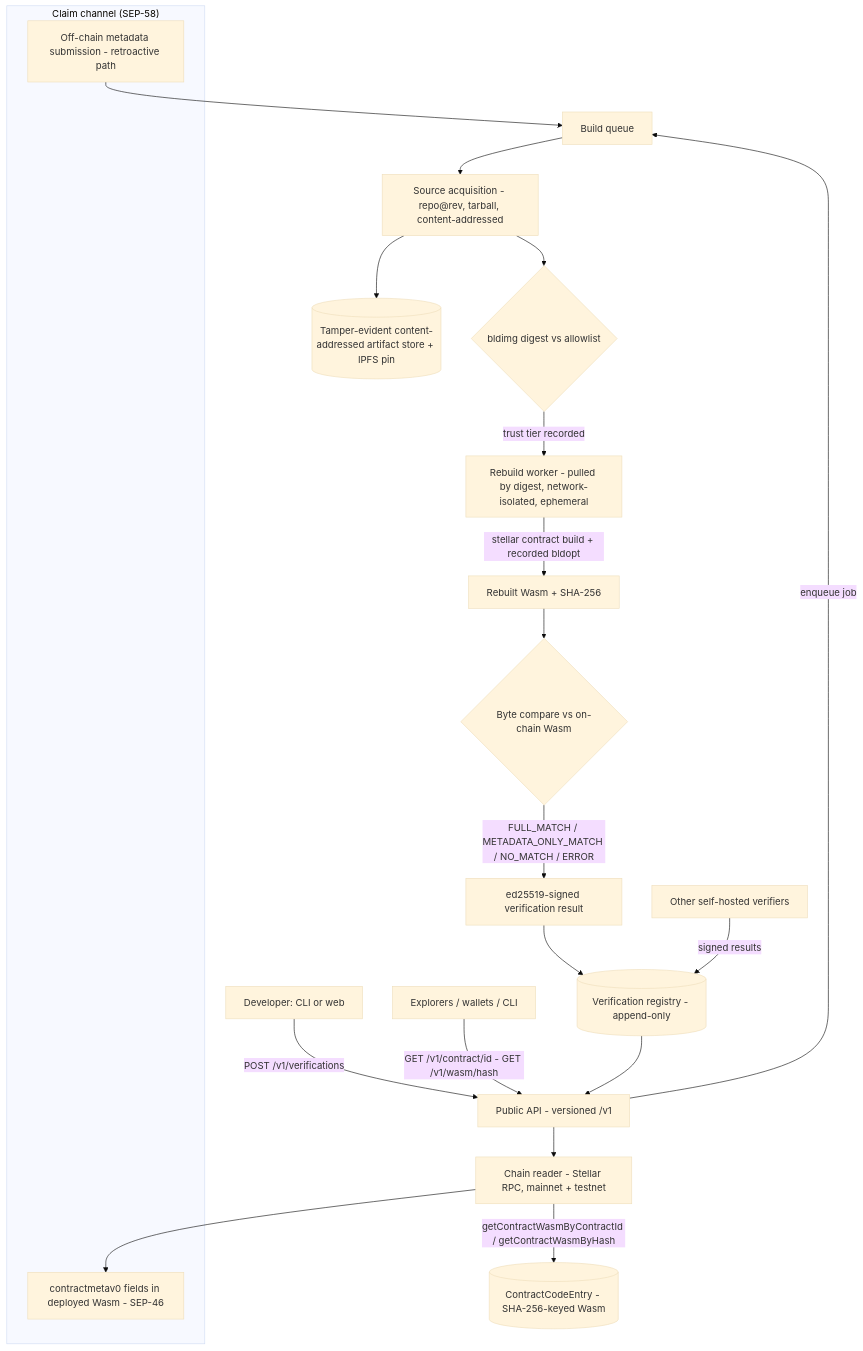
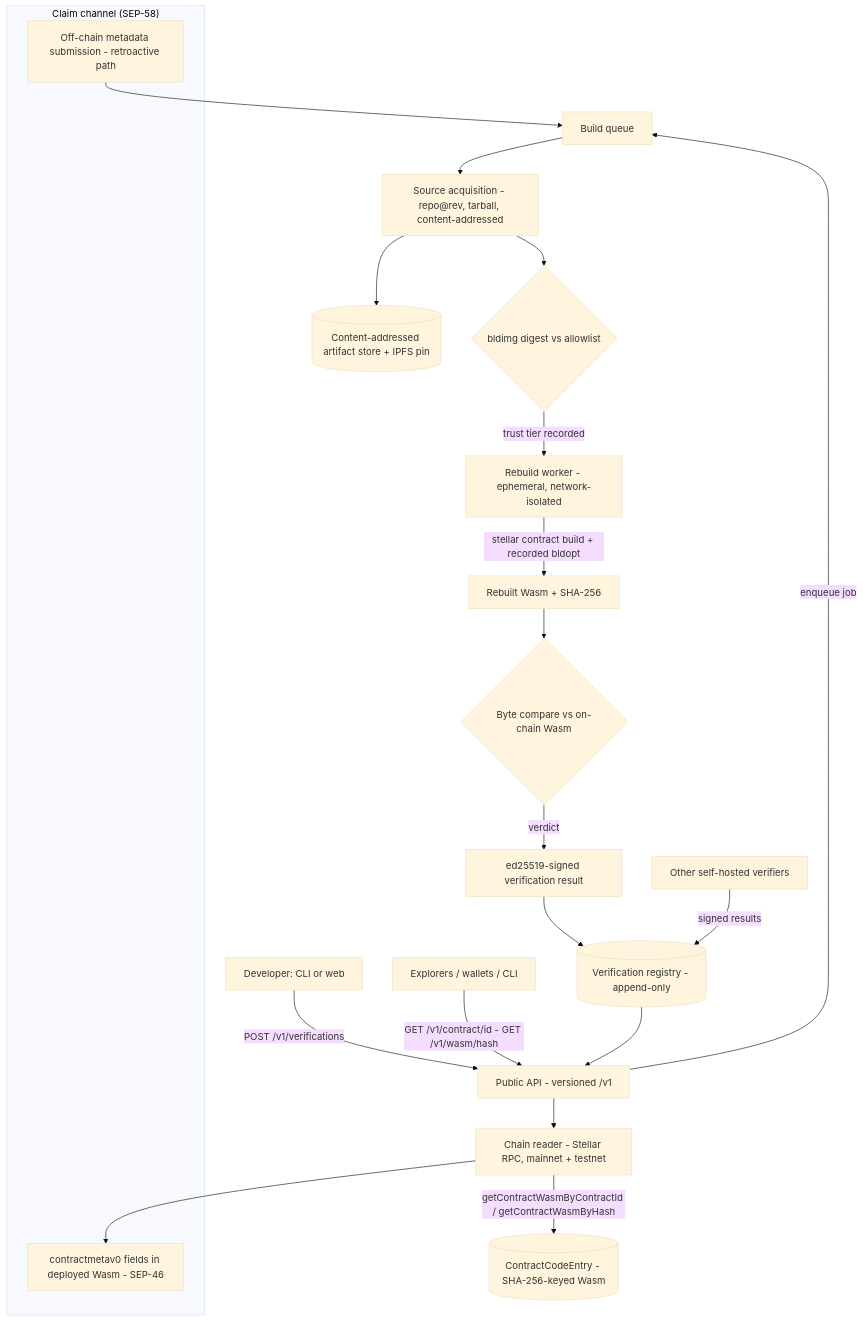
The diagram in docs/PROPOSAL.md (bleu/scf-contract-source-verification), drawn with Mermaid (base theme) before and after one commit. The commit also changed other lines of this file, not shown here.

````diff
--- a/docs/PROPOSAL.md
+++ b/docs/PROPOSAL.md
@@ -93,24 +74,24 @@
 ```mermaid
 flowchart TD
     subgraph Claim["Claim channel (SEP-58)"]
         Meta[contractmetav0 fields in deployed Wasm - SEP-46]
         Retro[Off-chain metadata submission - retroactive path]
     end
     Dev[Developer: CLI or web] -->|POST /v1/verifications| API[Public API - versioned /v1]
     Explorer[Explorers / wallets / CLI] -->|GET /v1/contract/id - GET /v1/wasm/hash| API
     API --> Reader[Chain reader - Stellar RPC, mainnet + testnet]
     Reader -->|getContractWasmByContractId / getContractWasmByHash| Ledger[(ContractCodeEntry - SHA-256-keyed Wasm)]
     Reader --> Meta
     Retro --> Queue
     API -->|enqueue job| Queue[Build queue]
     Queue --> Acquire[Source acquisition - repo@rev, tarball, content-addressed]
-    Acquire --> Store[(Tamper-evident content-addressed artifact store + IPFS pin)]
+    Acquire --> Store[(Content-addressed artifact store + IPFS pin)]
     Acquire --> Allow{bldimg digest vs allowlist}
-    Allow -->|trust tier recorded| Worker[Rebuild worker - pulled by digest, network-isolated, ephemeral]
+    Allow -->|trust tier recorded| Worker[Rebuild worker - ephemeral, network-isolated]
     Worker -->|stellar contract build + recorded bldopt| Rebuilt[Rebuilt Wasm + SHA-256]
     Rebuilt --> Compare{Byte compare vs on-chain Wasm}
-    Compare -->|FULL_MATCH / METADATA_ONLY_MATCH / NO_MATCH / ERROR| Sign[ed25519-signed verification result]
+    Compare -->|verdict| Sign[ed25519-signed verification result]
     Sign --> DB[(Verification registry - append-only)]
     Peers[Other self-hosted verifiers] -->|signed results| DB
     DB --> API
 ```
````
